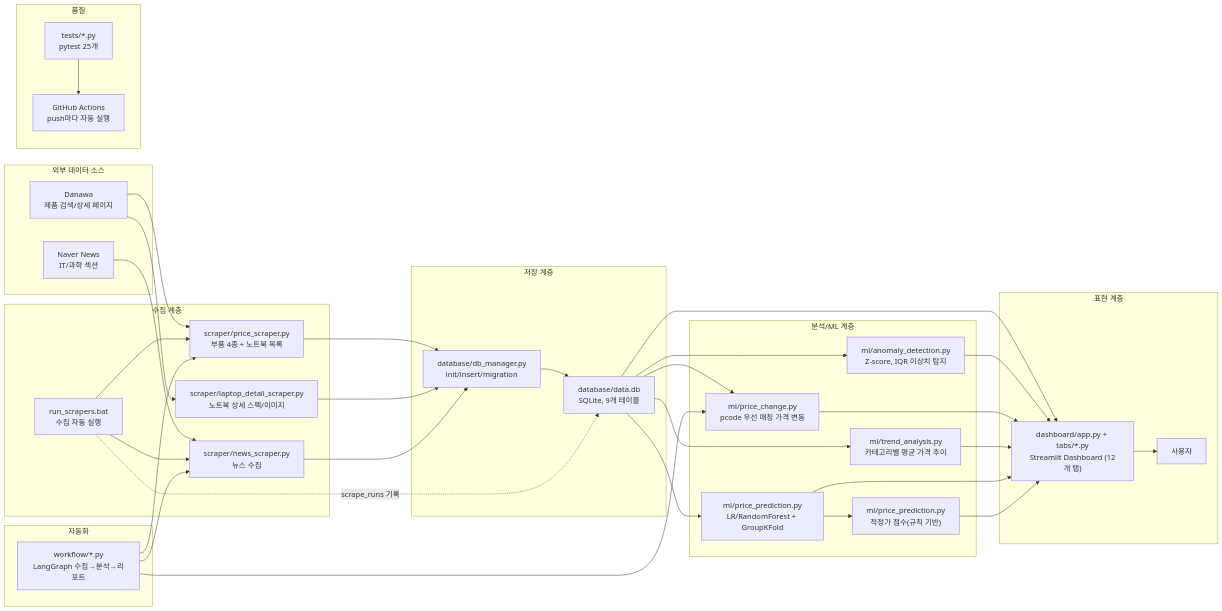
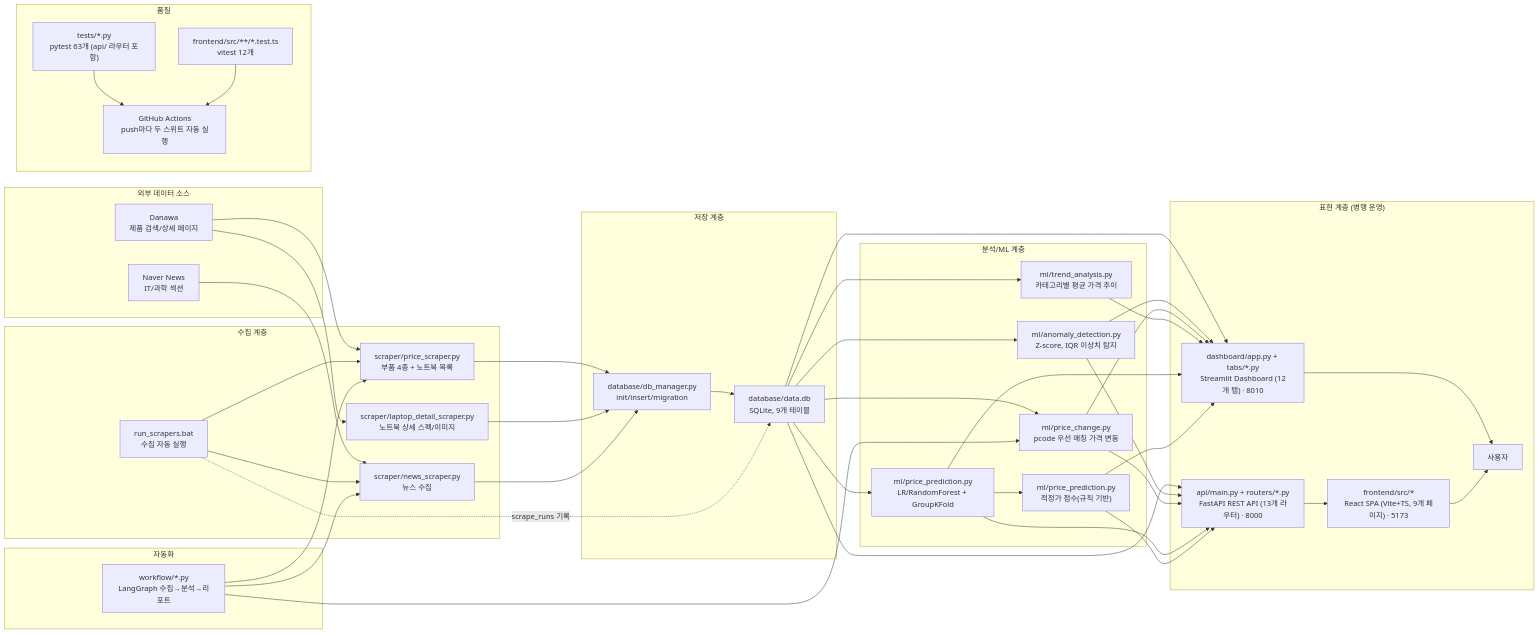
One commit to kwsahe/market-pulse changed the first of 7 diagrams in screenshots/ARCHITECTURE.md. Above: the diagram before and after it, drawn with Mermaid. The commit also changed other lines of this file and 13 other files, not shown here.

First line of the commit message:
docs: React/FastAPI 스택 문서화 + CI 프론트엔드 검증 + vitest 도입

````diff
--- a/screenshots/ARCHITECTURE.md
+++ b/screenshots/ARCHITECTURE.md
@@ -49,14 +49,17 @@
         Workflow["workflow/*.py<br/>LangGraph 수집→분석→리포트"]
     end
 
-    subgraph UI["표현 계층"]
-        Dashboard["dashboard/app.py + tabs/*.py<br/>Streamlit Dashboard (12개 탭)"]
+    subgraph UI["표현 계층 (병행 운영)"]
+        Dashboard["dashboard/app.py + tabs/*.py<br/>Streamlit Dashboard (12개 탭) · 8010"]
+        API["api/main.py + routers/*.py<br/>FastAPI REST API (13개 라우터) · 8000"]
+        React["frontend/src/*<br/>React SPA (Vite+TS, 9개 페이지) · 5173"]
         User["사용자"]
     end
 
     subgraph Quality["품질"]
-        Tests["tests/*.py<br/>pytest 25개"]
-        CI["GitHub Actions<br/>push마다 자동 실행"]
+        Tests["tests/*.py<br/>pytest 63개 (api/ 라우터 포함)"]
+        FrontendTests["frontend/src/**/*.test.ts<br/>vitest 12개"]
+        CI["GitHub Actions<br/>push마다 두 스위트 자동 실행"]
     end
 
     Danawa --> PriceScraper
@@ -77,6 +80,7 @@
     SQLite --> Prediction
     Prediction --> Score
     SQLite --> Dashboard
+    SQLite --> API
 
     Anomaly --> Dashboard
     Change --> Dashboard
@@ -85,9 +89,17 @@
     Score --> Dashboard
     Dashboard --> User
 
+    Anomaly --> API
+    Change --> API
+    Prediction --> API
+    Score --> API
+    API --> React
+    React --> User
+
     Workflow --> PriceScraper
     Workflow --> NewsScraper
     Workflow --> Change
 
     Tests --> CI
+    FrontendTests --> CI
 ```
````
